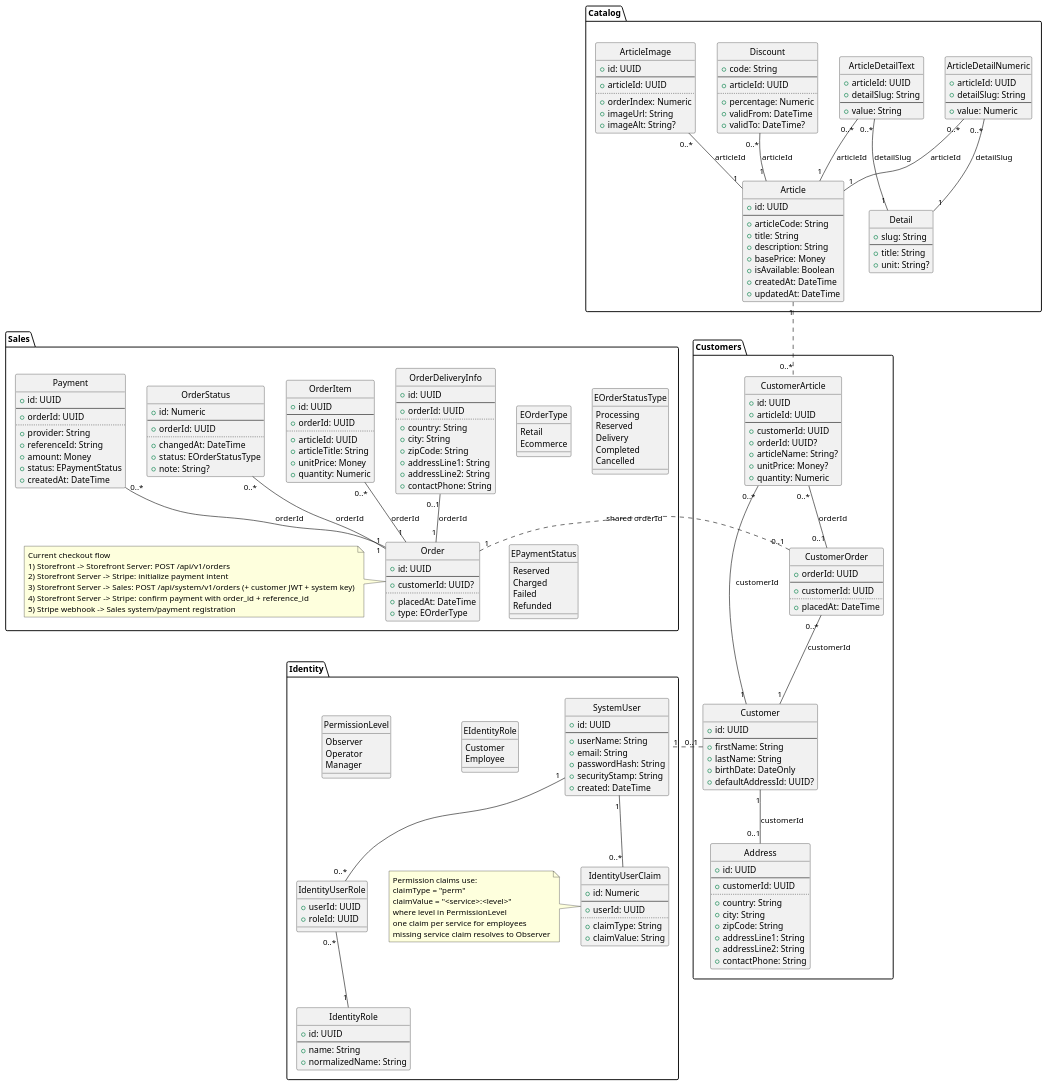
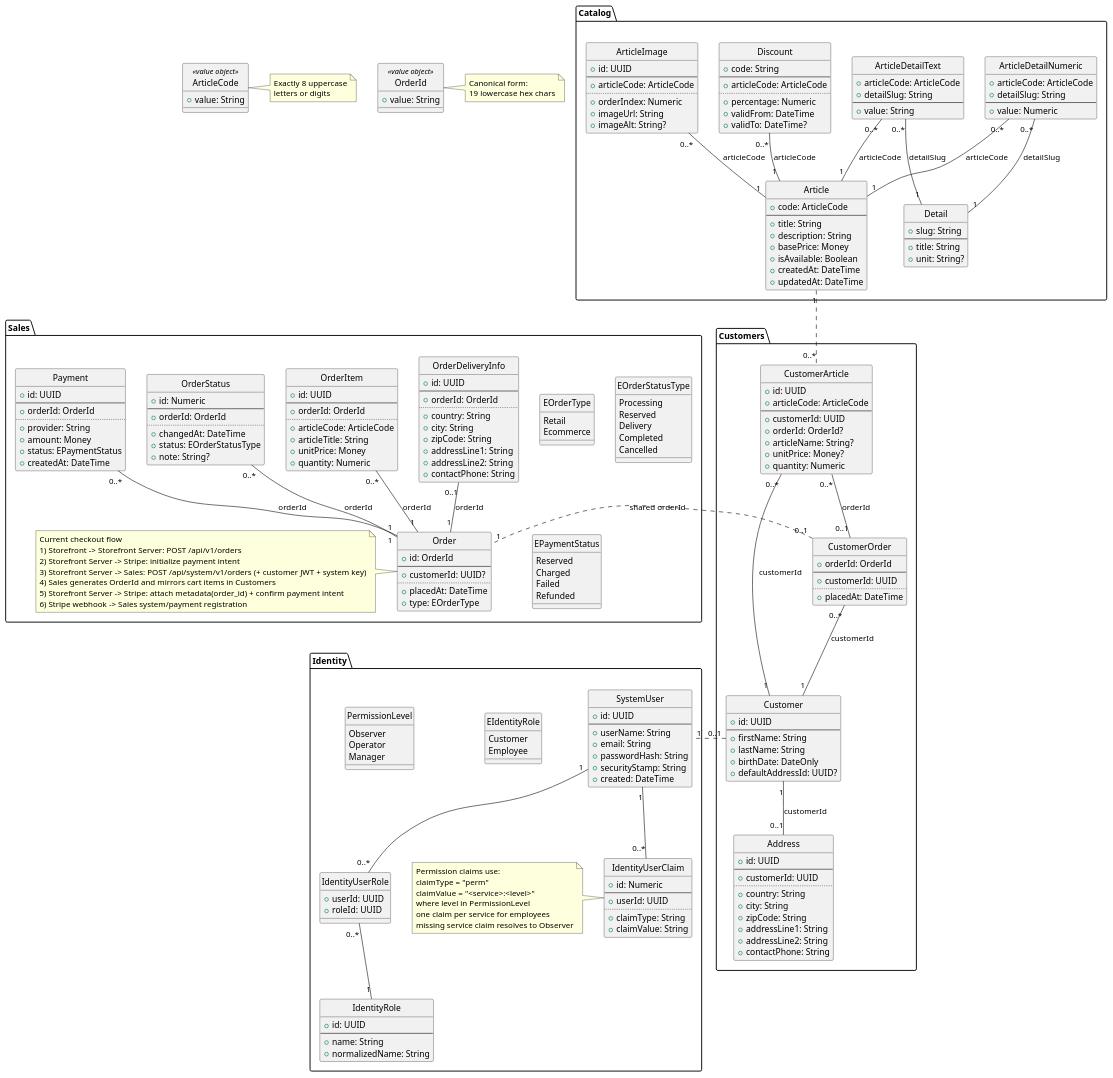
The diagram in docs/HLD Platform - Class Diagram.puml (draganovik/matterway), drawn with PlantUML before and after one commit. The commit also changed 1 other file, not shown here.

Commit message:
Introduce ArticleCode/OrderId VOs and update diagrams
Add ArticleCode and OrderId value objects (with validation notes) and replace UUID-based articleId/orderId fields across the class diagram with these VOs. Update associations to use articleCode where applicable, and change Customer/Catalog/Sales entities to store articleCode and OrderId types (CustomerArticle.orderId -> OrderId?, CustomerOrder.orderId -> OrderId, Order.id -> OrderId, etc.). Remove Payment.referenceId and adjust Payment.orderId to use OrderId.

Revise the place-order sequence to reflect the new flow: Sales generates the canonical OrderId (19 lowercase hex chars) and mirrors cart items into Customers (copying articleCode/title/unitPrice), storefront attaches order_id metadata to the Stripe PaymentIntent only after Sales order creation, confirms the PaymentIntent, and webhooks/payments no longer rely on a separate reference_id (charge.succeeded and payment POSTs omit referenceId). Also tweak initial Stripe metadata and notes about flow ordering.

```diff
--- a/docs/HLD Platform - Class Diagram.puml
+++ b/docs/HLD Platform - Class Diagram.puml
@@ -1,6 +1,24 @@
 @startuml HLD: Platform - Class Diagram
 skinparam classAttributeIconSize 10
 hide circle
+
+class ArticleCode <<value object>> {
+  +value: String
+}
+
+note right of ArticleCode
+  Exactly 8 uppercase
+  letters or digits
+end note
+
+class OrderId <<value object>> {
+  +value: String
+}
+
+note right of OrderId
+  Canonical form:
+  19 lowercase hex chars
+end note
 
 package "Identity" {
   enum EIdentityRole {
@@ -63,7 +81,7 @@
   class Discount {
     +code: String
     --
-    +articleId: UUID
+    +articleCode: ArticleCode
     ..
     +percentage: Numeric
     +validFrom: DateTime
@@ -71,9 +89,8 @@
   }
 
   class Article {
-    +id: UUID
+    +code: ArticleCode
     --
-    +articleCode: String
     +title: String
     +description: String
     +basePrice: Money
@@ -83,14 +100,14 @@
   }
 
   class ArticleDetailText {
-    +articleId: UUID
+    +articleCode: ArticleCode
     +detailSlug: String
     --
     +value: String
   }
 
   class ArticleDetailNumeric {
-    +articleId: UUID
+    +articleCode: ArticleCode
     +detailSlug: String
     --
     +value: Numeric
@@ -106,19 +123,19 @@
   class ArticleImage {
     +id: UUID
     --
-    +articleId: UUID
+    +articleCode: ArticleCode
     ..
     +orderIndex: Numeric
     +imageUrl: String
     +imageAlt: String?
   }
 
-  Discount "0..*" -- "1" Article : articleId
-  ArticleDetailText "0..*" -- "1" Article : articleId
+  Discount "0..*" -- "1" Article : articleCode
+  ArticleDetailText "0..*" -- "1" Article : articleCode
   ArticleDetailText "0..*" -- "1" Detail : detailSlug
-  ArticleDetailNumeric "0..*" -- "1" Article : articleId
+  ArticleDetailNumeric "0..*" -- "1" Article : articleCode
   ArticleDetailNumeric "0..*" -- "1" Detail : detailSlug
-  ArticleImage "0..*" -- "1" Article : articleId
+  ArticleImage "0..*" -- "1" Article : articleCode
 }
 
 package "Customers" {
@@ -146,17 +163,17 @@
 
   class CustomerArticle {
     +id: UUID
-    +articleId: UUID
+    +articleCode: ArticleCode
     --
     +customerId: UUID
-    +orderId: UUID?
+    +orderId: OrderId?
     +articleName: String?
     +unitPrice: Money?
     +quantity: Numeric
   }
 
   class CustomerOrder {
-    +orderId: UUID
+    +orderId: OrderId
     --
     +customerId: UUID
     ..
@@ -174,7 +191,7 @@
   class OrderDeliveryInfo {
     +id: UUID
     --
-    +orderId: UUID
+    +orderId: OrderId
     ..
     +country: String
     +city: String
@@ -184,7 +201,7 @@
     +contactPhone: String
   }
   class Order {
-    +id: UUID
+    +id: OrderId
     --
     +customerId: UUID?
     ..
@@ -195,9 +212,9 @@
   class OrderItem {
     +id: UUID
     --
-    +orderId: UUID
+    +orderId: OrderId
     ..
-    +articleId: UUID
+    +articleCode: ArticleCode
     +articleTitle: String
     +unitPrice: Money
     +quantity: Numeric
@@ -208,8 +225,9 @@
     1) Storefront -> Storefront Server: POST /api/v1/orders
     2) Storefront Server -> Stripe: initialize payment intent
     3) Storefront Server -> Sales: POST /api/system/v1/orders (+ customer JWT + system key)
-    4) Storefront Server -> Stripe: confirm payment with order_id + reference_id
-    5) Stripe webhook -> Sales system/payment registration
+    4) Sales generates OrderId and mirrors cart items in Customers
+    5) Storefront Server -> Stripe: attach metadata(order_id) + confirm payment intent
+    6) Stripe webhook -> Sales system/payment registration
   end note
 
   enum EOrderType {
@@ -228,7 +246,7 @@
   class OrderStatus {
     +id: Numeric
     --
-    +orderId: UUID
+    +orderId: OrderId
     ..
     +changedAt: DateTime
     +status: EOrderStatusType
@@ -238,10 +256,9 @@
   class Payment {
     +id: UUID
     --
-    +orderId: UUID
+    +orderId: OrderId
     ..
     +provider: String
-    +referenceId: String
     +amount: Money
     +status: EPaymentStatus
     +createdAt: DateTime
```
